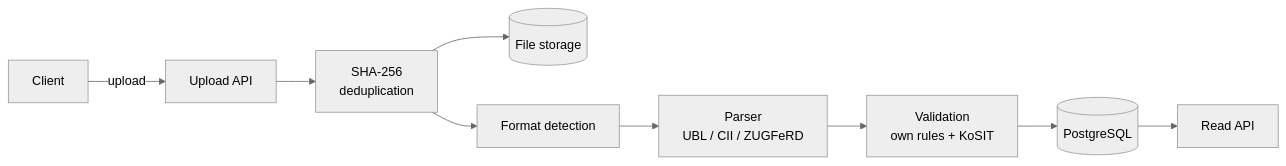
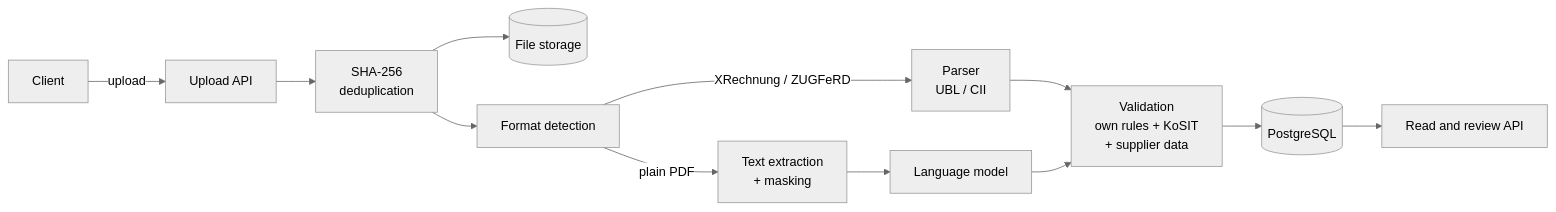
One commit to newways-dev/dewtally changed the diagram in README.md. Above: the diagram before and after it, drawn with Mermaid (neutral theme). The commit also changed other lines of this file and 7 other files, not shown here.

Commit message:
Mask IBANs, e-mails and phone numbers before sending invoice text to the language model

````diff
--- a/README.md
+++ b/README.md
@@ -30,11 +37,14 @@
 ```mermaid
 flowchart LR
     U[Client] -->|upload| API[Upload API]
     API --> H[SHA-256<br/>deduplication]
     H --> S[(File storage)]
     H --> F[Format detection]
-    F --> P[Parser<br/>UBL / CII / ZUGFeRD]
-    P --> V[Validation<br/>own rules + KoSIT]
+    F -->|XRechnung / ZUGFeRD| P[Parser<br/>UBL / CII]
+    F -->|plain PDF| X[Text extraction<br/>+ masking]
+    X --> L[Language model]
+    P --> V[Validation<br/>own rules + KoSIT<br/>+ supplier data]
+    L --> V
     V --> DB[(PostgreSQL)]
-    DB --> R[Read API]
+    DB --> R[Read and review API]
 ```
````
